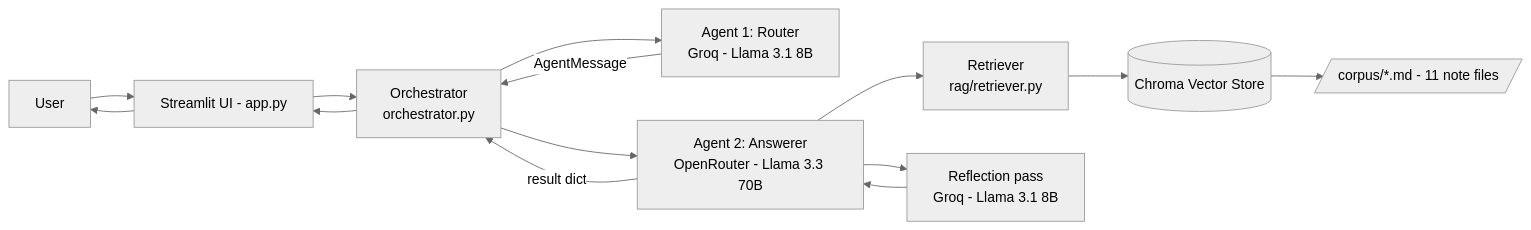
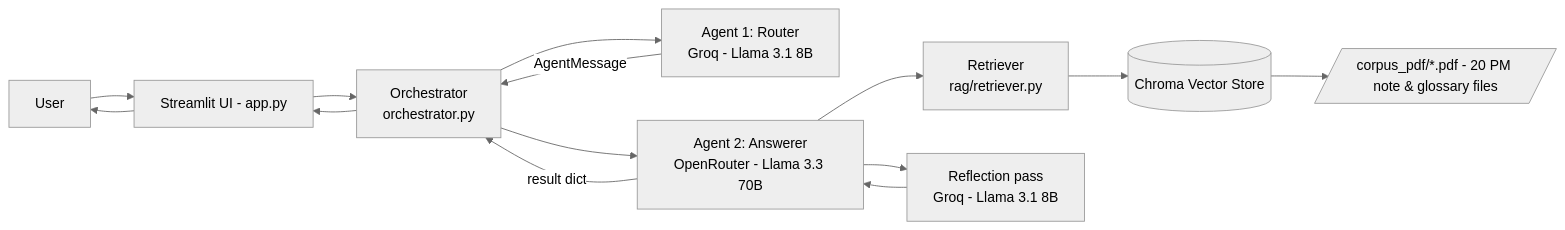
The first of 2 diagrams in README.md (zzz2002zzz/Personal-study-assistant-), drawn with Mermaid (neutral theme) before and after one commit. The commit also changed other lines of this file, not shown here.

````diff
--- a/README.md
+++ b/README.md
@@ -31,16 +31,16 @@
 ```mermaid
 flowchart LR
     U[User] --> UI[Streamlit UI - app.py]
     UI --> ORCH[Orchestrator\norchestrator.py]
     ORCH --> R[Agent 1: Router\nGroq - Llama 3.1 8B]
     R -- AgentMessage --> ORCH
     ORCH --> A[Agent 2: Answerer\nOpenRouter - Llama 3.3 70B]
     A --> RET[Retriever\nrag/retriever.py]
     RET --> VS[(Chroma Vector Store)]
-    VS --> CORP[/corpus/*.md - 11 note files/]
+    VS --> CORP[/corpus_pdf/*.pdf - 20 PM note & glossary files/]
     A --> REF[Reflection pass\nGroq - Llama 3.1 8B]
     REF --> A
     A -- result dict --> ORCH
     ORCH --> UI
     UI --> U
 ```
````
